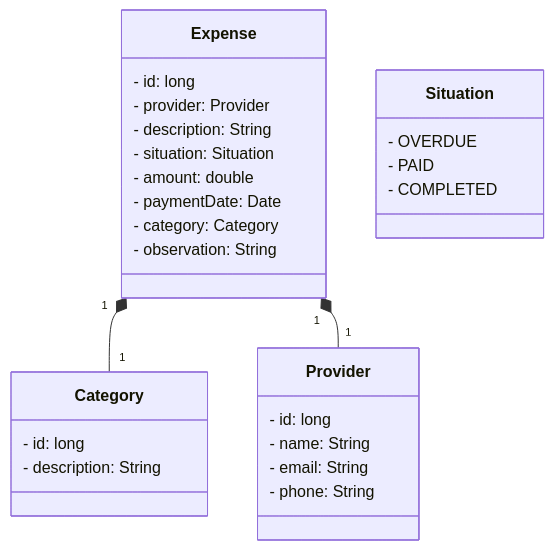
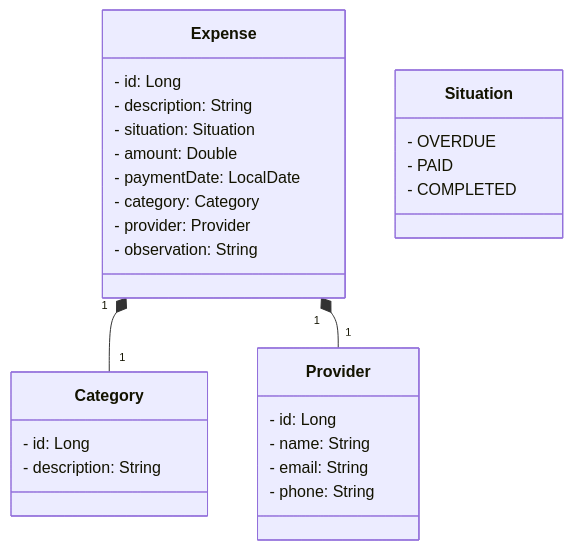
The diagram in README.md (newrodrigo/orcamento-em-foco), drawn with Mermaid before and after one commit.

````diff
--- a/README.md
+++ b/README.md
@@ -3,31 +3,31 @@
 ```mermaid
 classDiagram
   class Expense {
-    - id: long
-    - provider: Provider
+    - id: Long
     - description: String
     - situation: Situation
-    - amount: double
-    - paymentDate: Date
+    - amount: Double
+    - paymentDate: LocalDate
     - category: Category
+    - provider: Provider
     - observation: String
   }
   class Provider {
-    - id: long
+    - id: Long
     - name: String
     - email: String
     - phone: String
   }
   class Category {
-    - id: long
+    - id: Long
     - description: String
   }
   class Situation {
     - OVERDUE
     - PAID
     - COMPLETED
   }
 
   Expense "1" *-- "1" Category
   Expense "1" *-- "1" Provider
 ```
````
